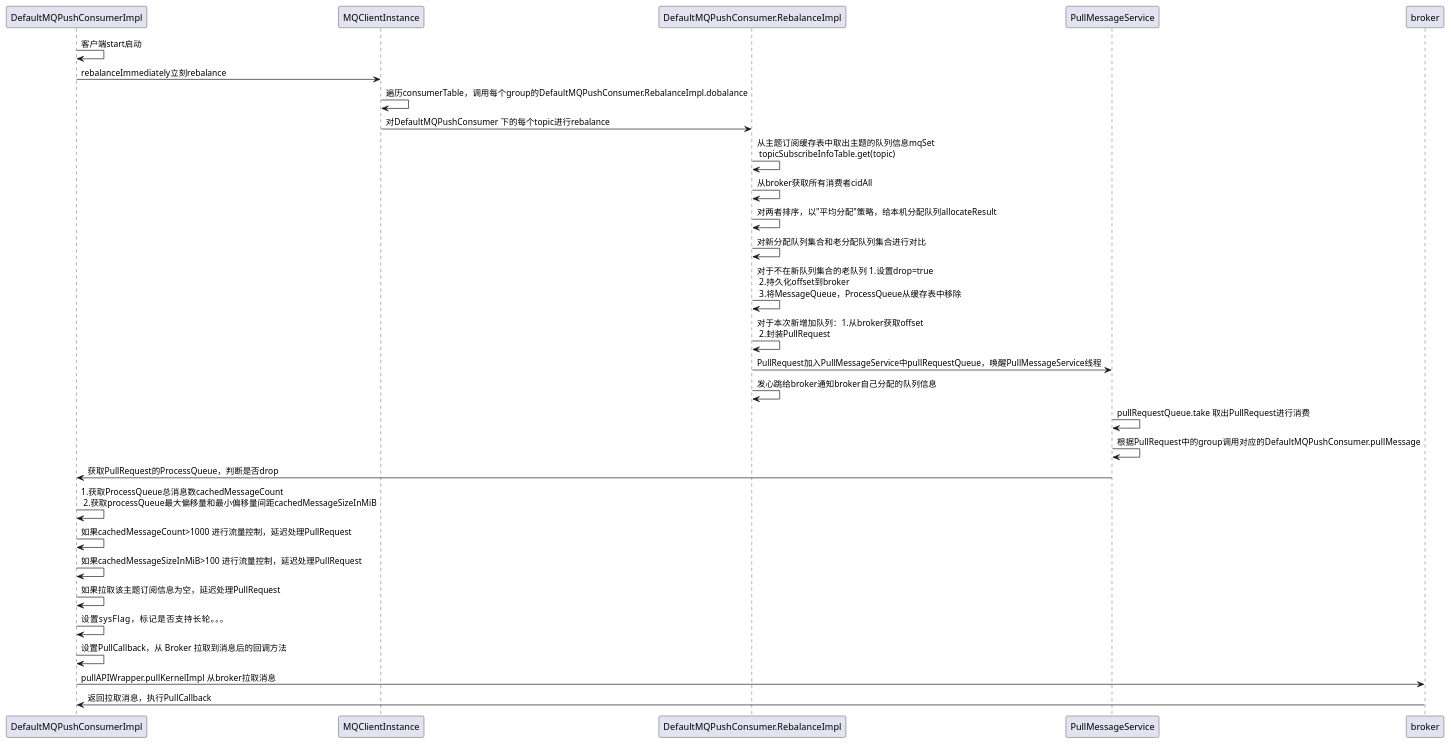
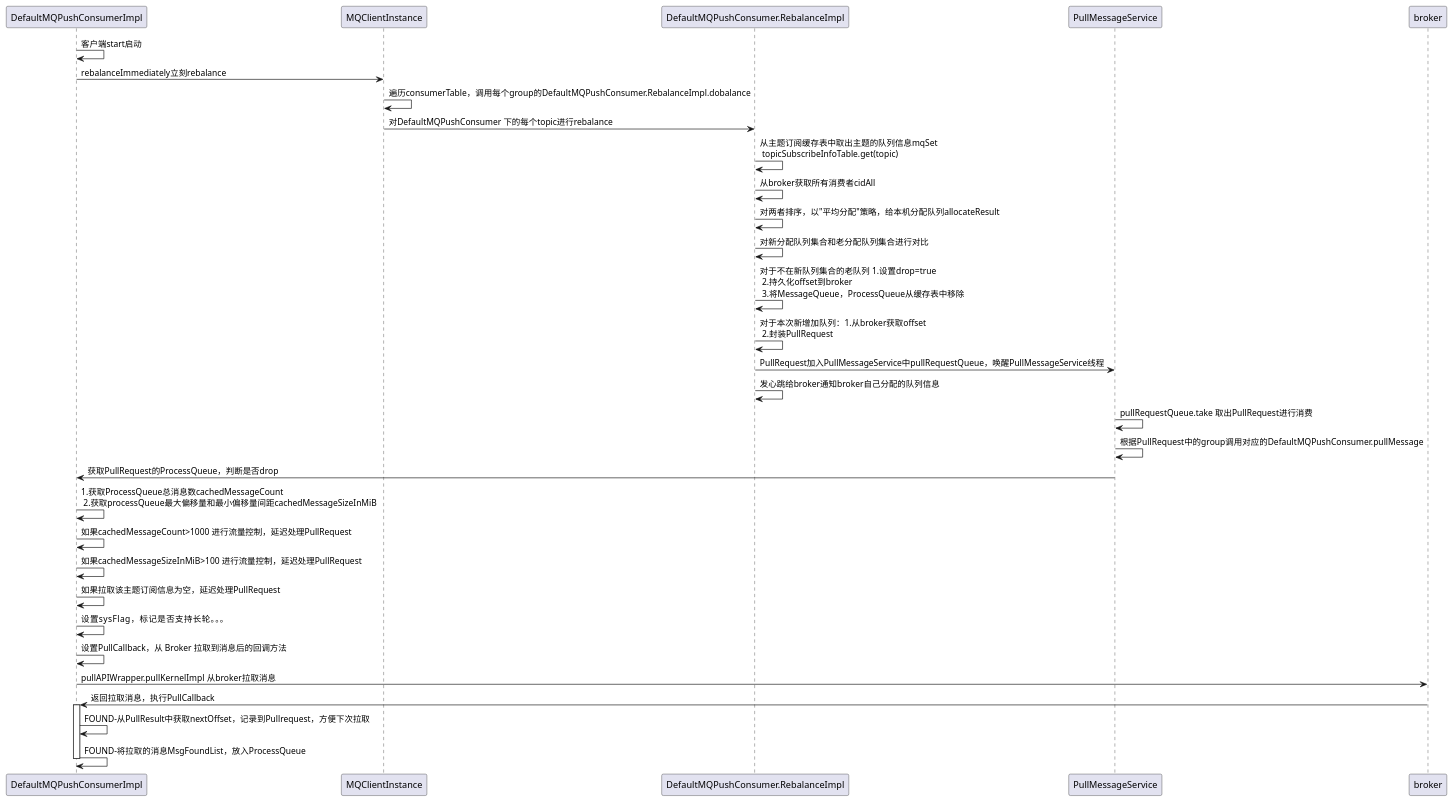
Before and after one commit to sybnfkn/java-chaotic: the diagram in rocketmq/消息消费.puml, drawn with PlantUML.

```diff
--- a/rocketmq/消息消费.puml
+++ b/rocketmq/消息消费.puml
@@ -1,32 +1,38 @@
 @startuml
 DefaultMQPushConsumerImpl -> DefaultMQPushConsumerImpl:客户端start启动
 DefaultMQPushConsumerImpl -> MQClientInstance:rebalanceImmediately立刻rebalance
 MQClientInstance -> MQClientInstance:遍历consumerTable，调用每个group的DefaultMQPushConsumer.RebalanceImpl.dobalance
 MQClientInstance -> DefaultMQPushConsumer.RebalanceImpl: 对DefaultMQPushConsumer 下的每个topic进行rebalance
 DefaultMQPushConsumer.RebalanceImpl-> DefaultMQPushConsumer.RebalanceImpl:从主题订阅缓存表中取出主题的队列信息mqSet \n topicSubscribeInfoTable.get(topic)
 DefaultMQPushConsumer.RebalanceImpl-> DefaultMQPushConsumer.RebalanceImpl:从broker获取所有消费者cidAll
 DefaultMQPushConsumer.RebalanceImpl-> DefaultMQPushConsumer.RebalanceImpl:对两者排序，以"平均分配"策略，给本机分配队列allocateResult
 DefaultMQPushConsumer.RebalanceImpl-> DefaultMQPushConsumer.RebalanceImpl:对新分配队列集合和老分配队列集合进行对比
 DefaultMQPushConsumer.RebalanceImpl-> DefaultMQPushConsumer.RebalanceImpl:对于不在新队列集合的老队列 1.设置drop=true \n 2.持久化offset到broker \n 3.将MessageQueue，ProcessQueue从缓存表中移除
 
 DefaultMQPushConsumer.RebalanceImpl-> DefaultMQPushConsumer.RebalanceImpl:对于本次新增加队列：1.从broker获取offset \n 2.封装PullRequest
 DefaultMQPushConsumer.RebalanceImpl-> PullMessageService:PullRequest加入PullMessageService中pullRequestQueue，唤醒PullMessageService线程
 DefaultMQPushConsumer.RebalanceImpl-> DefaultMQPushConsumer.RebalanceImpl:发心跳给broker通知broker自己分配的队列信息
 
 PullMessageService -> PullMessageService:pullRequestQueue.take 取出PullRequest进行消费
 PullMessageService -> PullMessageService:根据PullRequest中的group调用对应的DefaultMQPushConsumer.pullMessage
 
 PullMessageService -> DefaultMQPushConsumerImpl:获取PullRequest的ProcessQueue，判断是否drop
 
 DefaultMQPushConsumerImpl -> DefaultMQPushConsumerImpl:1.获取ProcessQueue总消息数cachedMessageCount \n 2.获取processQueue最大偏移量和最小偏移量间距cachedMessageSizeInMiB
 DefaultMQPushConsumerImpl -> DefaultMQPushConsumerImpl:如果cachedMessageCount>1000 进行流量控制，延迟处理PullRequest
 DefaultMQPushConsumerImpl -> DefaultMQPushConsumerImpl:如果cachedMessageSizeInMiB>100 进行流量控制，延迟处理PullRequest
 DefaultMQPushConsumerImpl -> DefaultMQPushConsumerImpl:如果拉取该主题订阅信息为空，延迟处理PullRequest
 DefaultMQPushConsumerImpl -> DefaultMQPushConsumerImpl:设置sysFlag，标记是否支持长轮。。。
 DefaultMQPushConsumerImpl -> DefaultMQPushConsumerImpl:设置PullCallback，从 Broker 拉取到消息后的回调方法
 DefaultMQPushConsumerImpl -> broker:pullAPIWrapper.pullKernelImpl 从broker拉取消息
 broker-> DefaultMQPushConsumerImpl:返回拉取消息，执行PullCallback
 
+activate DefaultMQPushConsumerImpl
+DefaultMQPushConsumerImpl -> DefaultMQPushConsumerImpl:FOUND-从PullResult中获取nextOffset，记录到Pullrequest，方便下次拉取
+DefaultMQPushConsumerImpl -> DefaultMQPushConsumerImpl:FOUND-将拉取的消息MsgFoundList，放入ProcessQueue
+deactivate
+
+
 
 
 @enduml
```
